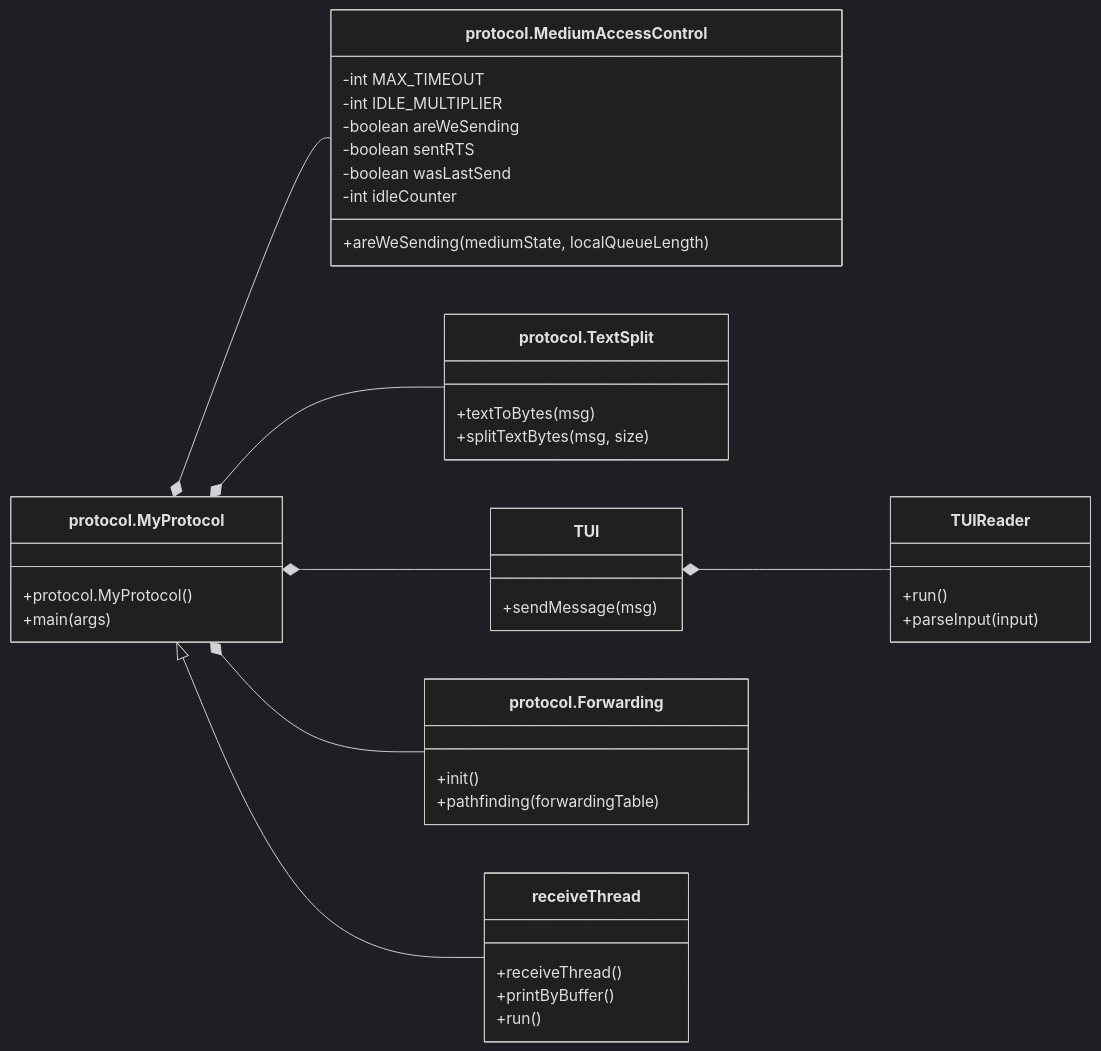
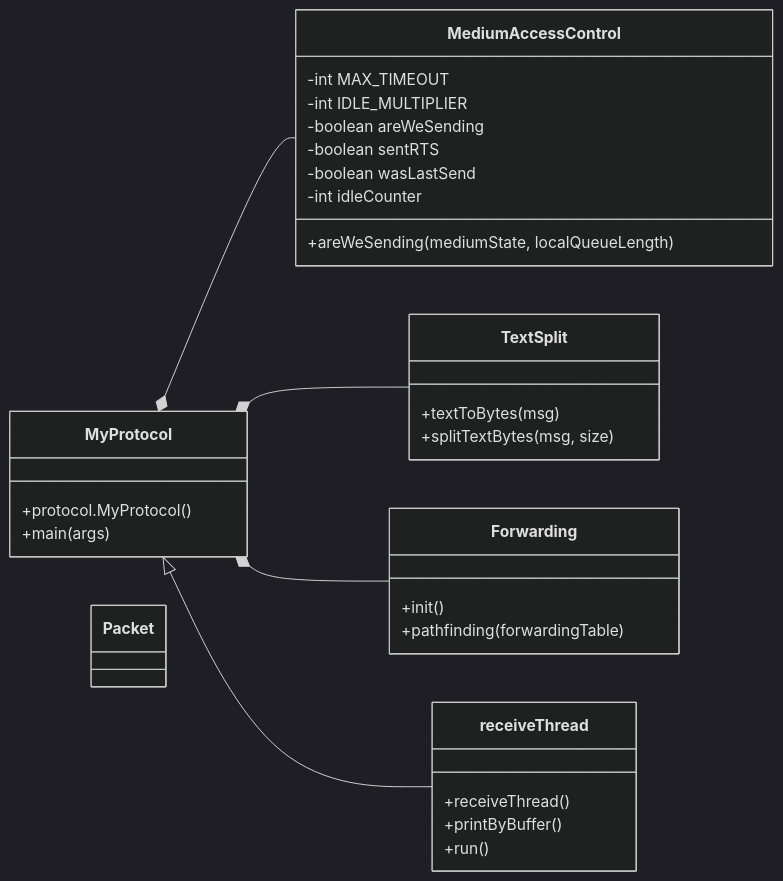
The diagram in planning.md (Traydr/ut-tcs-m3-project-100), drawn with Mermaid (dark theme) before and after one commit.

Commit message:
remove protocol.

````diff
--- a/planning.md
+++ b/planning.md
@@ -1,52 +1,44 @@
 ```mermaid
 classDiagram
     direction LR
     
-    class protocol.MyProtocol {
+    class MyProtocol {
         +protocol.MyProtocol()
         +main(args)
     }
     
-    class protocol.MediumAccessControl{
+    class Packet {
+    }
+    
+    class MediumAccessControl{
         -int MAX_TIMEOUT
         -int IDLE_MULTIPLIER    
         -boolean areWeSending
         -boolean sentRTS
         -boolean wasLastSend
         -int idleCounter
         
         +areWeSending(mediumState, localQueueLength)
     }
     
-    class protocol.TextSplit{
+    class TextSplit{
         +textToBytes(msg)
         +splitTextBytes(msg, size)
     }
     
-    class TUI{
-        +sendMessage(msg)
-    }
-    
-    class TUIReader{
-        +run()
-        +parseInput(input)
-    }
-    
-    class protocol.Forwarding{
+    class Forwarding{
         +init()
         +pathfinding(forwardingTable)
     }
     
     class receiveThread{
         +receiveThread()
         +printByBuffer()
         +run()
     }
     
-    protocol.MyProtocol *-- protocol.MediumAccessControl
-    protocol.MyProtocol *-- protocol.TextSplit
-    protocol.MyProtocol *-- TUI
-    protocol.MyProtocol *-- protocol.Forwarding
-    protocol.MyProtocol <|-- receiveThread
-    TUI *-- TUIReader
+    MyProtocol *-- MediumAccessControl
+    MyProtocol *-- TextSplit
+    MyProtocol *-- Forwarding
+    MyProtocol <|-- receiveThread
 ```
````
